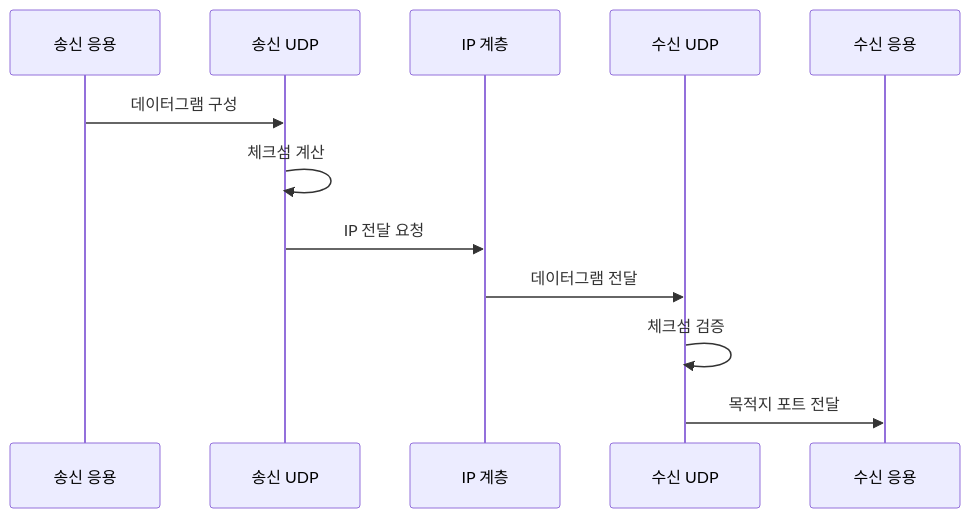
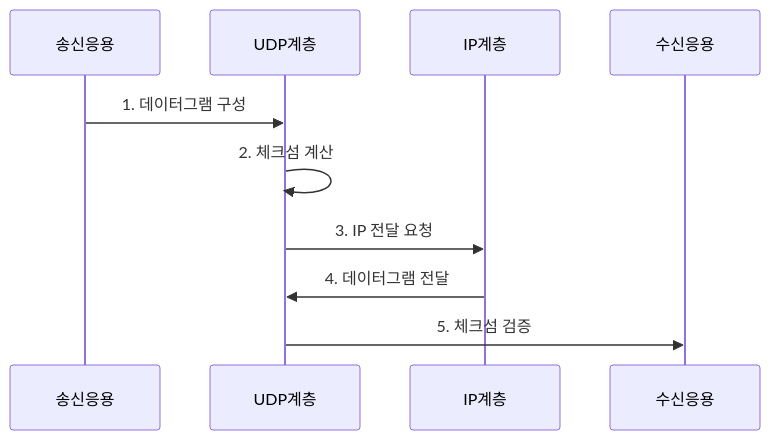
One commit to agnusdei1207/knowledge-base changed the second of 2 diagrams in src/content/docs/notes/04-network/026_udp_characteristics.md. Above: the diagram before and after it, drawn with Mermaid. The commit also changed other lines of this file and 20 other files, not shown here.

````diff
--- a/src/content/docs/notes/04-network/026_udp_characteristics.md
+++ b/src/content/docs/notes/04-network/026_udp_characteristics.md
@@ -75,14 +84,12 @@
 ```mermaid
 sequenceDiagram
-    participant A as 송신 응용
-    participant U as 송신 UDP
-    participant I as IP 계층
-    participant R as 수신 UDP
-    participant D as 수신 응용
-    A->>U: 데이터그램 구성
-    U->>U: 체크섬 계산
-    U->>I: IP 전달 요청
-    I->>R: 데이터그램 전달
-    R->>R: 체크섬 검증
-    R->>D: 목적지 포트 전달
+    participant 송신응용
+    participant UDP계층
+    participant IP계층
+    participant 수신응용
+    송신응용->>UDP계층: 1. 데이터그램 구성
+    UDP계층->>UDP계층: 2. 체크섬 계산
+    UDP계층->>IP계층: 3. IP 전달 요청
+    IP계층->>UDP계층: 4. 데이터그램 전달
+    UDP계층->>수신응용: 5. 체크섬 검증
 ```
````
